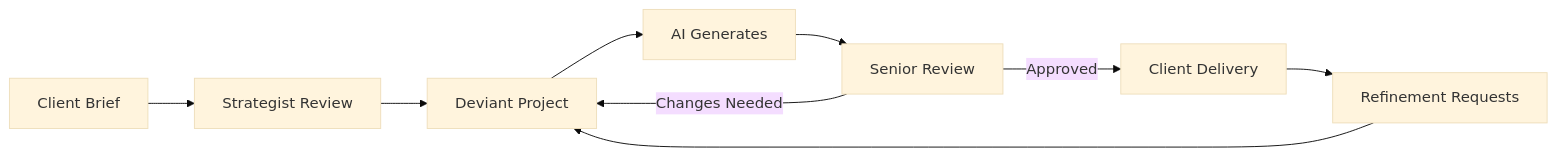
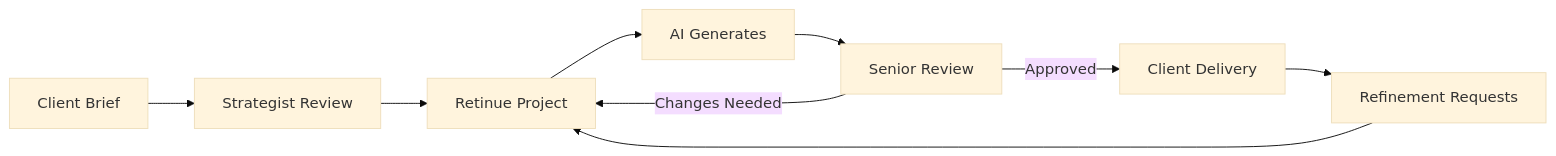
Before and after one commit to nicanor-korir/retinue: the second of 2 diagrams in docs/articles/3-use-cases/02-for-agencies.md, drawn with Mermaid (base theme). The commit also changed other lines of this file and 128 other files, not shown here.

First line of the commit message:
feat(rebrand): rename Deviant/AgentGo to Retinue, rewrite docs, add shared-VPS deploy

````diff
--- a/docs/articles/3-use-cases/02-for-agencies.md
+++ b/docs/articles/3-use-cases/02-for-agencies.md
@@ -208,11 +208,11 @@
 ```mermaid
 flowchart LR
     A[Client Brief] --> B[Strategist Review]
-    B --> C[Deviant Project]
+    B --> C[Retinue Project]
     C --> D[AI Generates]
     D --> E[Senior Review]
     E -->|Changes Needed| C
     E -->|Approved| F[Client Delivery]
     F --> G[Refinement Requests]
     G --> C
 ```
````
